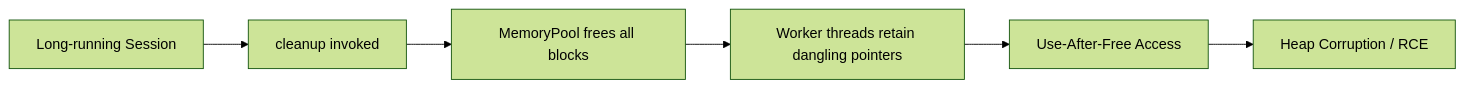
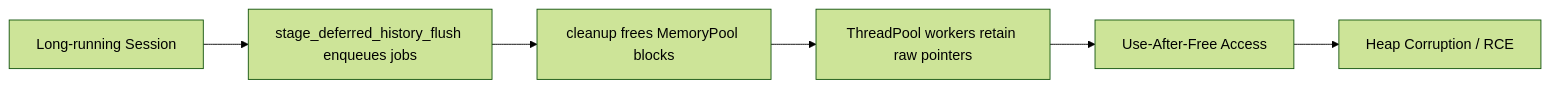
Before and after one commit to DaWasteh/SuperCalc-Sicherheitsbenchmark: the third of 20 diagrams in enhanced_exploits.md, drawn with Mermaid (forest theme). The commit also changed other lines of this file and 31 other files, not shown here.

````diff
--- a/enhanced_exploits.md
+++ b/enhanced_exploits.md
@@ -107,8 +110,8 @@
 ```mermaid
 flowchart LR
-  A[Long-running Session] --> B[cleanup invoked]
-  B --> C[MemoryPool frees all blocks]
-  C --> D[Worker threads retain dangling pointers]
+  A[Long-running Session] --> B[stage_deferred_history_flush enqueues jobs]
+  B --> C[cleanup frees MemoryPool blocks]
+  C --> D[ThreadPool workers retain raw pointers]
   D --> E[Use-After-Free Access]
   E --> F[Heap Corruption / RCE]
 ```
````
